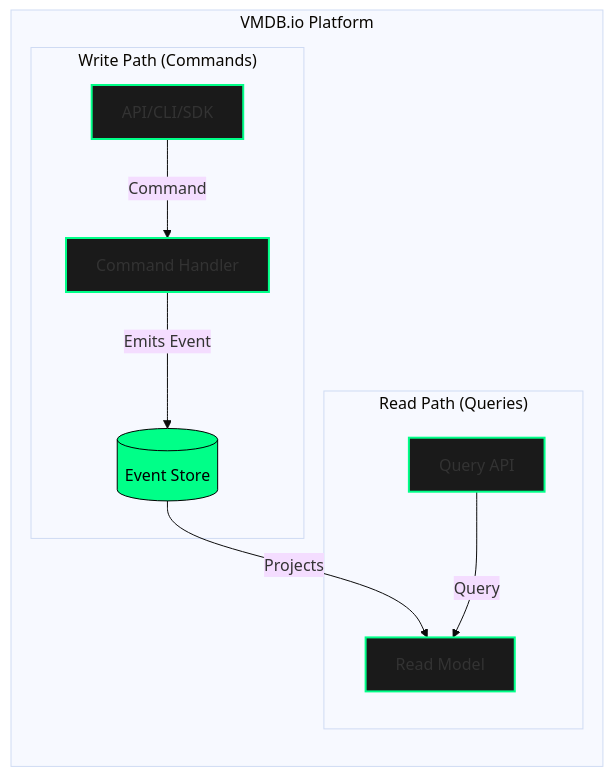
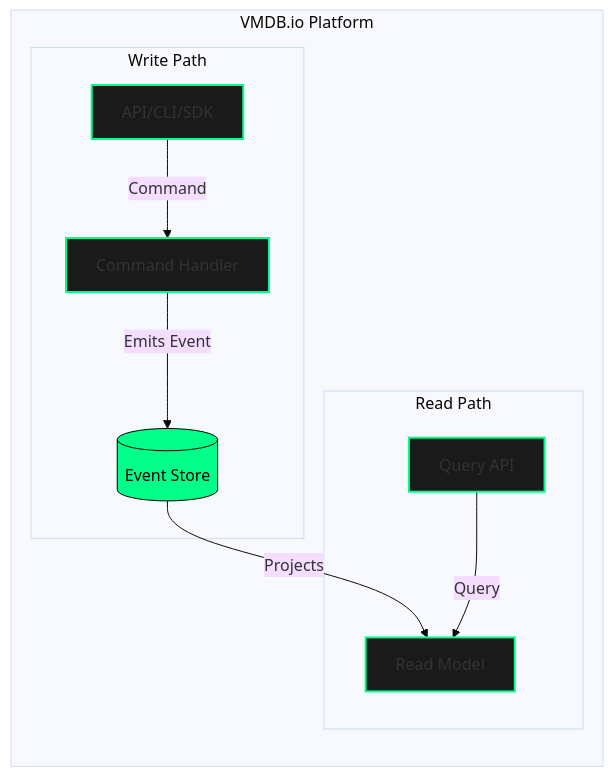
One commit to vmdb-io/.github changed the diagram in profile/README.md. Above: the diagram before and after it, drawn with Mermaid (base theme).

````diff
--- a/profile/README.md
+++ b/profile/README.md
@@ -59,19 +59,19 @@
 ```mermaid
 graph LR
-    subgraph VMDB.io Platform
-        subgraph "Write Path (Commands)"
+    subgraph "VMDB.io Platform"
+        subgraph "Write Path"
             API[API/CLI/SDK] -- Command --> CommandHandler[Command Handler]
             CommandHandler -- Emits Event --> EventStore[(Event Store)]
         end
-        subgraph "Read Path (Queries)"
+        subgraph "Read Path"
             EventStore -- Projects --> ReadModel[Read Model]
             QueryAPI[Query API] -- Query --> ReadModel
         end
     end
 
     style API fill:#1a1a1a,stroke:#00ff88,stroke-width:2px
     style QueryAPI fill:#1a1a1a,stroke:#00ff88,stroke-width:2px
     style CommandHandler fill:#1a1a1a,stroke:#00ff88,stroke-width:2px
     style EventStore fill:#00ff88,stroke:#000,color:#000
     style ReadModel fill:#1a1a1a,stroke:#00ff88,stroke-width:2px
 ```
````
